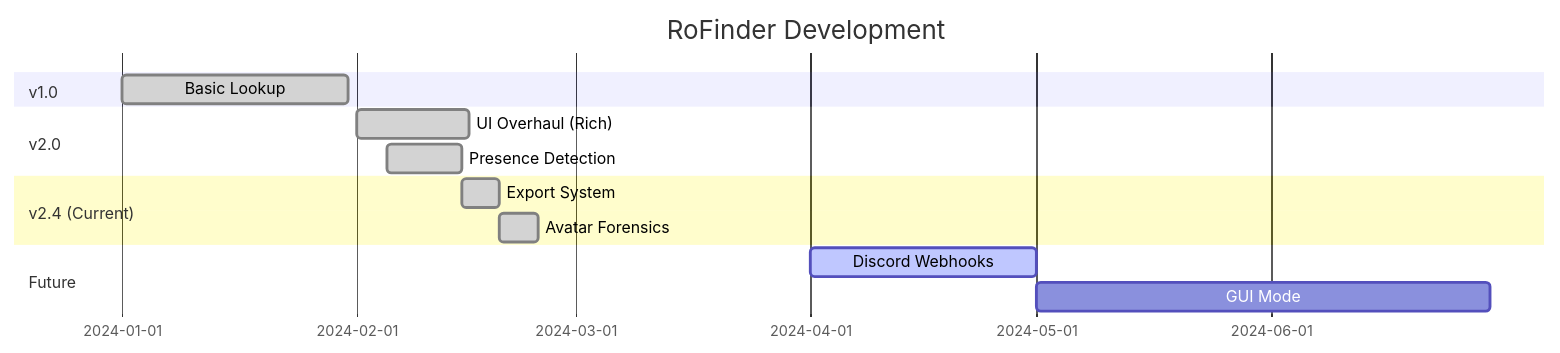
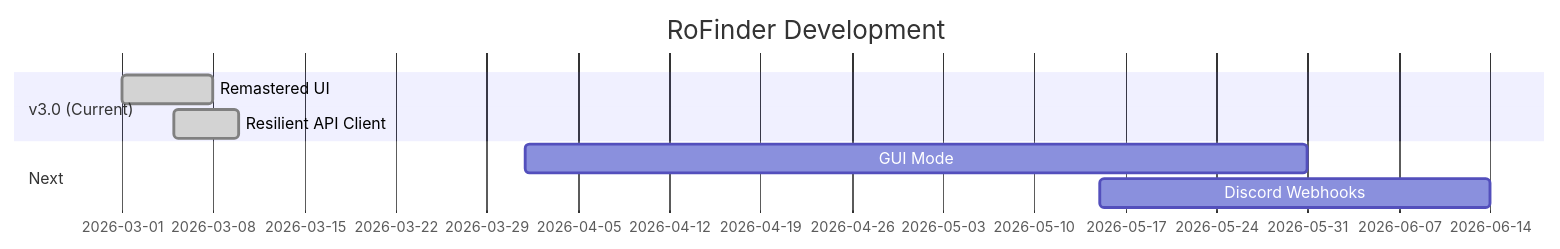
Before and after one commit to osfv/rofinder: the diagram in README.md, drawn with Mermaid. The commit also changed other lines of this file and 5 other files, not shown here.

````diff
--- a/README.md
+++ b/README.md
@@ -229,16 +143,11 @@
 ```mermaid
 gantt
     title RoFinder Development
     dateFormat  YYYY-MM-DD
-    section v1.0
-    Basic Lookup           :done, 2024-01-01, 30d
-    section v2.0
-    UI Overhaul (Rich)     :done, 2024-02-01, 15d
-    Presence Detection     :done, 2024-02-05, 10d
-    section v2.4 (Current)
-    Export System          :done, 2024-02-15, 5d
-    Avatar Forensics       :done, 2024-02-20, 5d
-    section Future
-    Discord Webhooks       :active, 2024-04-01, 30d
-    GUI Mode               :2024-05-01, 60d
+    section v3.0 (Current)
+    Remastered UI           :done, 2026-03-01, 7d
+    Resilient API Client    :done, 2026-03-05, 5d
+    section Next
+    GUI Mode                :2026-04-01, 60d
+    Discord Webhooks        :2026-05-15, 30d
 ```
````
